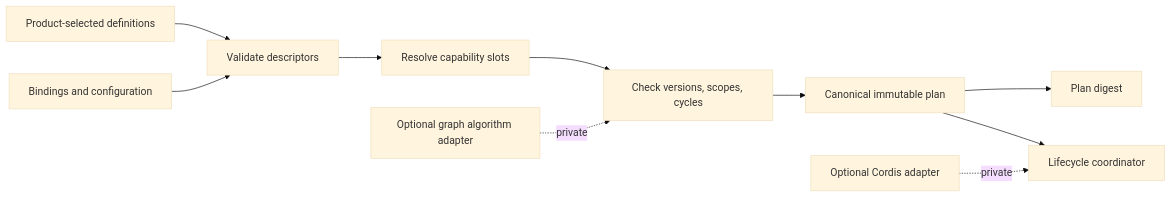
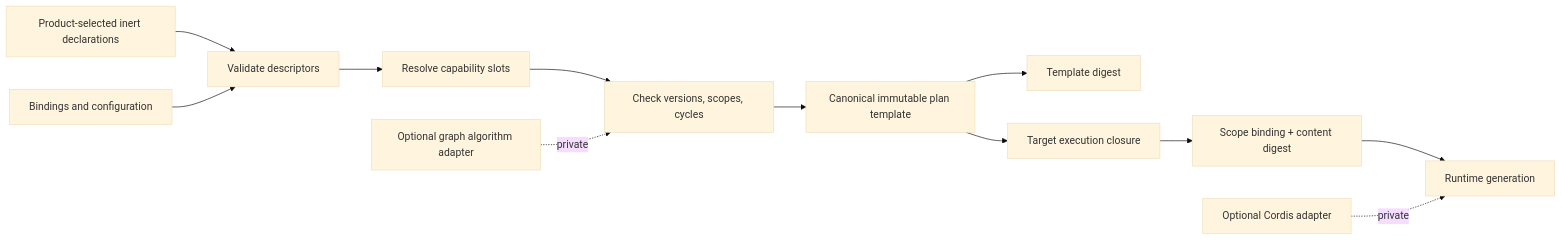
Before and after one commit to agent-teams-ai/extension-foundation: the first of 3 diagrams in docs/qualification/universal-module-extension-system/module-graph.md, drawn with Mermaid (base theme). The commit also changed other lines of this file and 24 other files, not shown here.

Commit message:
docs(qualification): harden module architecture evidence

````diff
--- a/docs/qualification/universal-module-extension-system/module-graph.md
+++ b/docs/qualification/universal-module-extension-system/module-graph.md
@@ -25,13 +28,15 @@
 ```mermaid
 flowchart LR
-    Definitions["Product-selected definitions"] --> Parse["Validate descriptors"]
+    Definitions["Product-selected inert declarations"] --> Parse["Validate descriptors"]
     Profile["Bindings and configuration"] --> Parse
     Parse --> Resolve["Resolve capability slots"]
     Resolve --> Check["Check versions, scopes, cycles"]
-    Check --> Plan["Canonical immutable plan"]
-    Plan --> Digest["Plan digest"]
-    Plan --> Activate["Lifecycle coordinator"]
+    Check --> Plan["Canonical immutable plan template"]
+    Plan --> TemplateDigest["Template digest"]
+    Plan --> Target["Target execution closure"]
+    Target --> Scope["Scope binding + content digest"]
+    Scope --> Activate["Runtime generation"]
 
     Cordis["Optional Cordis adapter"] -. private .-> Activate
     Graphlib["Optional graph algorithm adapter"] -. private .-> Check
 ```
````
